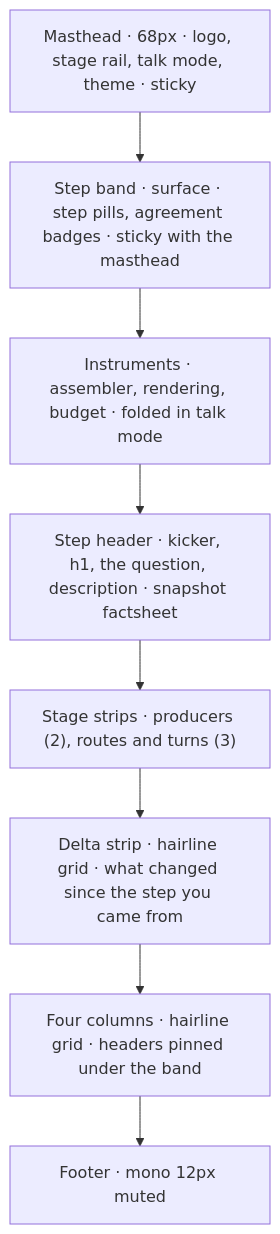
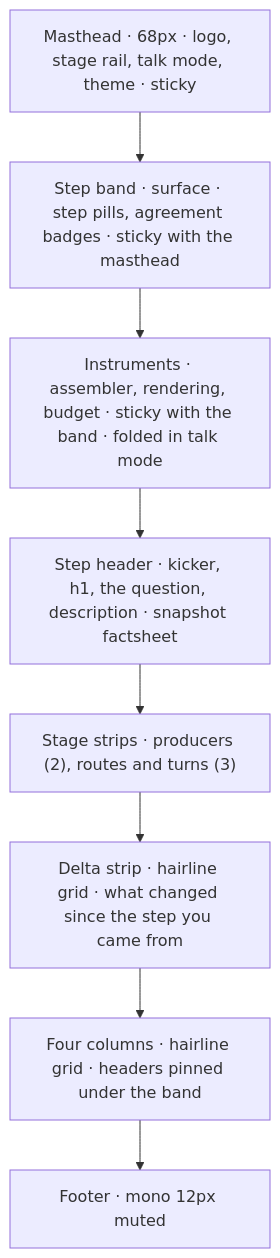
One commit to contextwindowarchitecture/assembler-demo changed the first of 2 diagrams in STYLE.md. Above: the diagram before and after it, drawn with Mermaid. The commit also changed other lines of this file and 6 other files, not shown here.

First line of the commit message:
feat(inspector): pin the instruments with the masthead and the step band

````diff
--- a/STYLE.md
+++ b/STYLE.md
@@ -229,12 +229,12 @@
 ```mermaid
 flowchart TB
   M["Masthead · 68px · logo, stage rail, talk mode, theme · sticky"]
   B["Step band · surface · step pills, agreement badges · sticky with the masthead"]
-  I["Instruments · assembler, rendering, budget · folded in talk mode"]
+  I["Instruments · assembler, rendering, budget · sticky with the band · folded in talk mode"]
   S["Step header · kicker, h1, the question, description · snapshot factsheet"]
   X["Stage strips · producers (2), routes and turns (3)"]
   D["Delta strip · hairline grid · what changed since the step you came from"]
   C["Four columns · hairline grid · headers pinned under the band"]
   F["Footer · mono 12px muted"]
   M --> B --> I --> S --> X --> D --> C --> F
 ```
````
